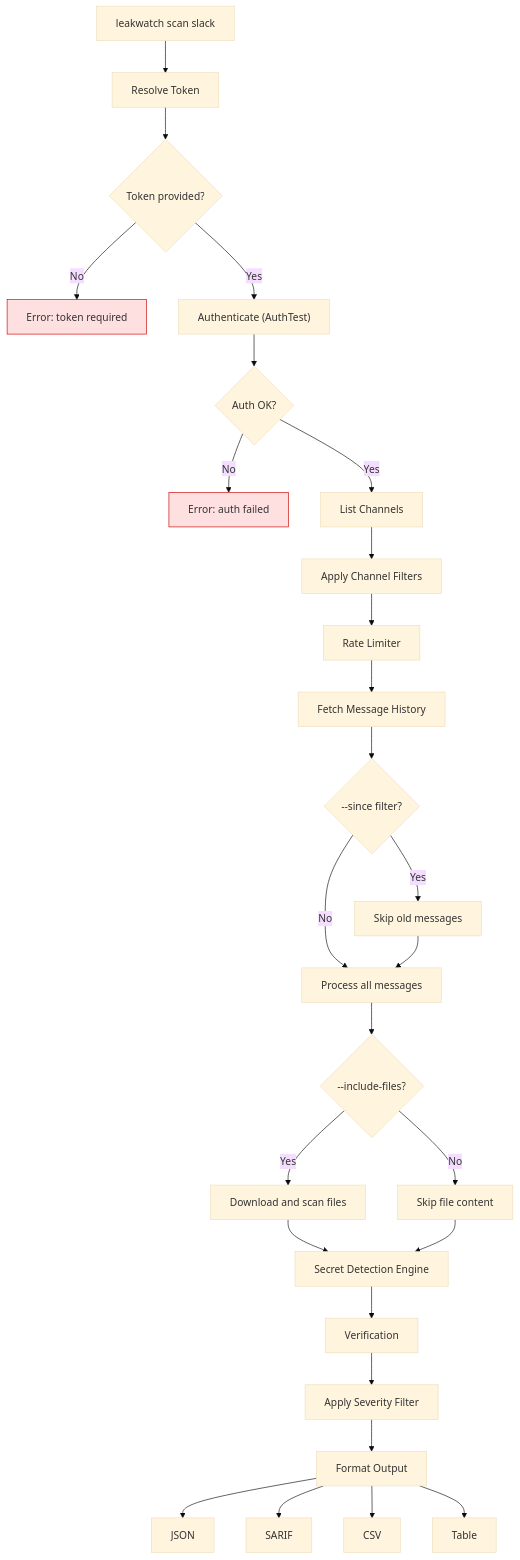
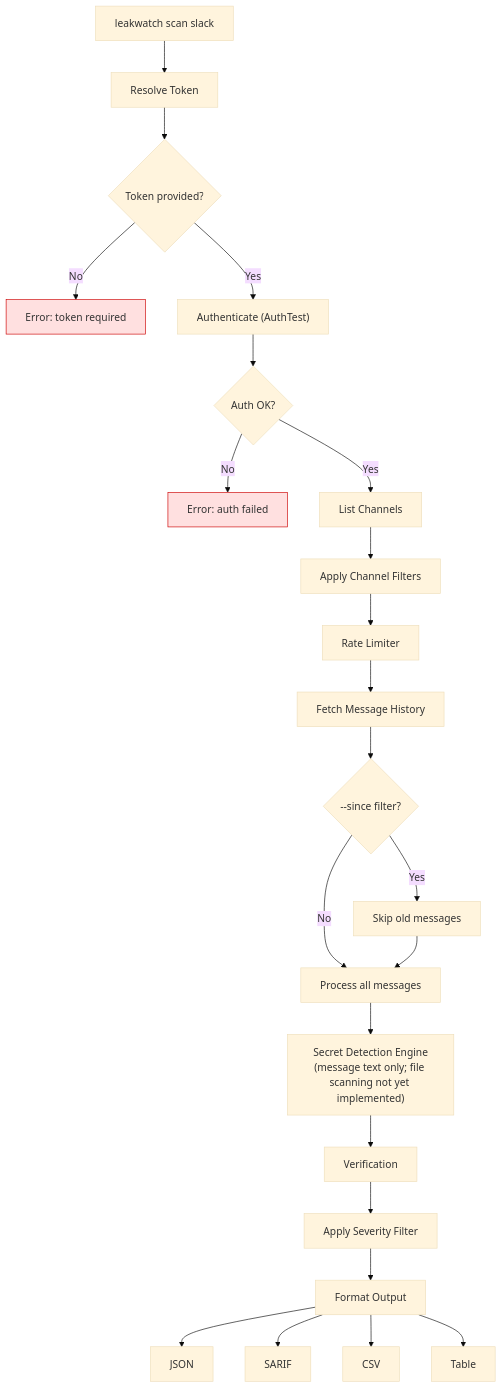
Before and after one commit to HodeTech/Leakwatch: the diagram in docs/guides/slack-scanning.md, drawn with Mermaid (base theme). The commit also changed 10 other files, not shown here.

````diff
--- a/docs/guides/slack-scanning.md
+++ b/docs/guides/slack-scanning.md
@@ -320,37 +320,33 @@
 ```mermaid
 flowchart TD
     A["leakwatch scan slack"] --> B["Resolve Token"]
     B --> C{"Token provided?"}
     C -->|"No"| D["Error: token required"]
     C -->|"Yes"| E["Authenticate (AuthTest)"]
     E --> F{"Auth OK?"}
     F -->|"No"| G["Error: auth failed"]
     F -->|"Yes"| H["List Channels"]
 
     H --> I["Apply Channel Filters"]
     I --> J["Rate Limiter"]
 
     J --> K["Fetch Message History"]
     K --> L{"--since filter?"}
     L -->|"Yes"| M["Skip old messages"]
     L -->|"No"| N["Process all messages"]
     M --> N
 
-    N --> O{"--include-files?"}
-    O -->|"Yes"| P["Download and scan files"]
-    O -->|"No"| Q["Skip file content"]
-    P --> R["Secret Detection Engine"]
-    Q --> R
+    N --> R["Secret Detection Engine\n(message text only; file scanning not yet implemented)"]
 
     R --> S["Verification"]
     S --> T["Apply Severity Filter"]
     T --> U["Format Output"]
 
     U --> V["JSON"]
     U --> W["SARIF"]
     U --> X["CSV"]
     U --> Y["Table"]
 
     style D fill:#ffe0e0,stroke:#cc0000
     style G fill:#ffe0e0,stroke:#cc0000
 ```
````
